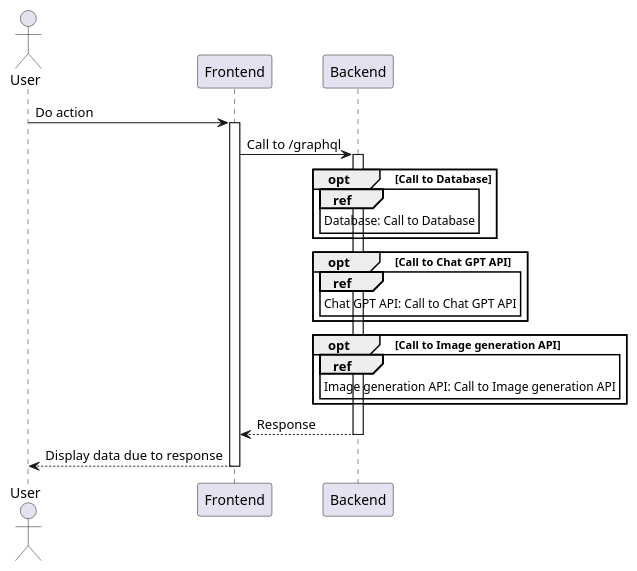
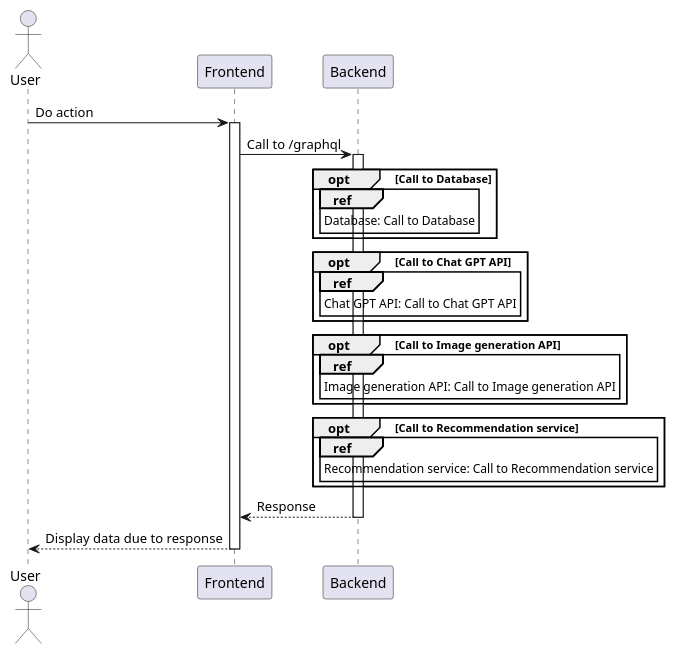
Before and after one commit to kambed/FoodzillaArchitecture: the first of 6 diagrams in SequenceDiagrams.md, drawn with PlantUML. The commit also changed other lines of this file, not shown here.

Commit message:
#9 Sequence diagrams for recommendation service

````diff
--- a/SequenceDiagrams.md
+++ b/SequenceDiagrams.md
@@ -3,29 +3,34 @@
 ```plantuml
 @startuml
 actor User
 participant Frontend
 participant Backend
 
 User -> Frontend: Do action
 activate Frontend
 Frontend -> Backend: Call to /graphql
 activate Backend
 opt Call to Database
     ref over Backend
         Database: Call to Database
     end
 end
 opt Call to Chat GPT API
     ref over Backend
         Chat GPT API: Call to Chat GPT API
     end
 end
 opt Call to Image generation API
     ref over Backend
         Image generation API: Call to Image generation API
     end
 end
+opt Call to Recommendation service
+    ref over Backend
+        Recommendation service: Call to Recommendation service
+    end
+end
 return Response
 return Display data due to response
 @enduml
 ```
````
